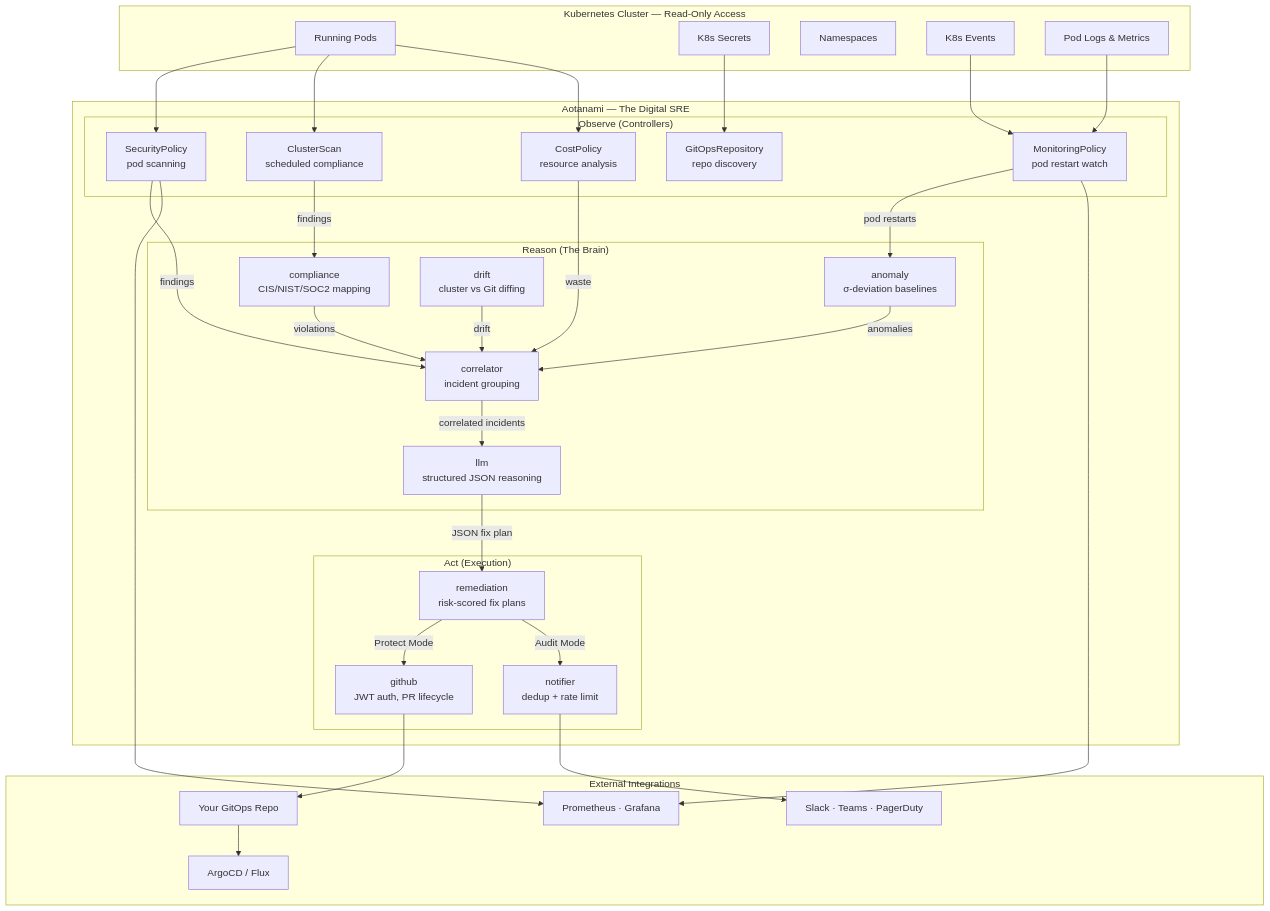
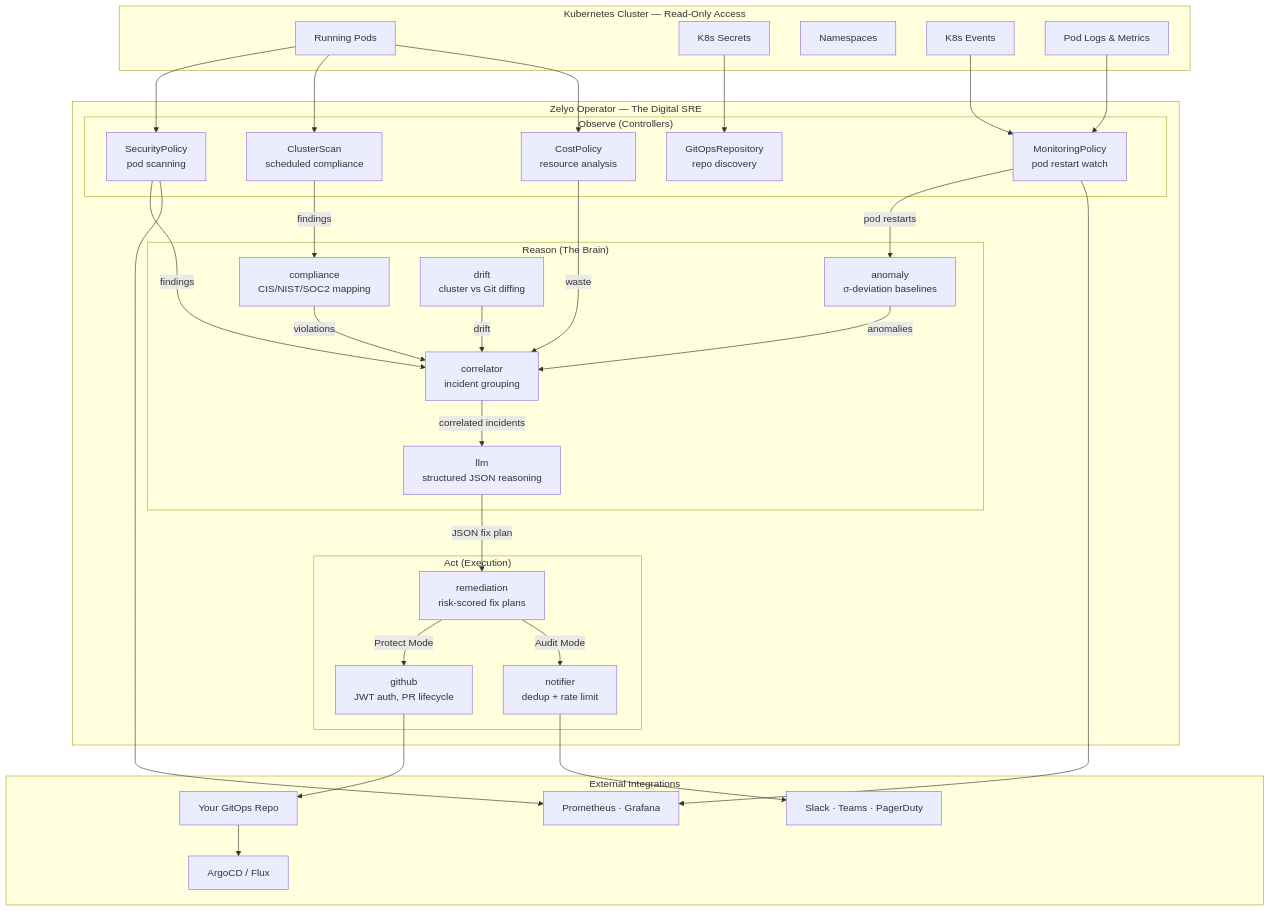
Before and after one commit to zelyo-ai/zelyo-operator: the first of 2 diagrams in docs/architecture.md, drawn with Mermaid. The commit also changed other lines of this file and 284 other files, not shown here.

First line of the commit message:
feat: Rebrand project to Zelyo-Operator with CRDs and Helm migration (#20)

````diff
--- a/docs/architecture.md
+++ b/docs/architecture.md
@@ -23,63 +23,63 @@
 ```mermaid
 graph TB
     subgraph "Kubernetes Cluster — Read-Only Access"
         Pods[Running Pods]
         Secrets[K8s Secrets]
         NS[Namespaces]
         Events[K8s Events]
         Logs[Pod Logs & Metrics]
     end
 
-    subgraph "Aotanami — The Digital SRE"
+    subgraph "Zelyo Operator — The Digital SRE"
         subgraph "Observe (Controllers)"
             SecPolCtrl["SecurityPolicy<br/>pod scanning"]
             MonCtrl["MonitoringPolicy<br/>pod restart watch"]
             ScanCtrl["ClusterScan<br/>scheduled compliance"]
             CostCtrl["CostPolicy<br/>resource analysis"]
             GitCtrl["GitOpsRepository<br/>repo discovery"]
         end
 
         subgraph "Reason (The Brain)"
             AD["anomaly<br/>σ-deviation baselines"]
             CE["correlator<br/>incident grouping"]
             CF["compliance<br/>CIS/NIST/SOC2 mapping"]
             LD["drift<br/>cluster vs Git diffing"]
             LLM["llm<br/>structured JSON reasoning"]
         end
 
         subgraph "Act (Execution)"
             RE["remediation<br/>risk-scored fix plans"]
             GH["github<br/>JWT auth, PR lifecycle"]
             NF["notifier<br/>dedup + rate limit"]
         end
     end
 
     subgraph "External Integrations"
         GitHub["Your GitOps Repo"]
         Alerts["Slack · Teams · PagerDuty"]
         Prometheus["Prometheus · Grafana"]
         ArgoFlux["ArgoCD / Flux"]
     end
 
     Pods --> SecPolCtrl & ScanCtrl & CostCtrl
     Events & Logs --> MonCtrl
     Secrets --> GitCtrl
 
     SecPolCtrl -->|findings| CE
     MonCtrl -->|pod restarts| AD
     ScanCtrl -->|findings| CF
     AD -->|anomalies| CE
     CF -->|violations| CE
     CostCtrl -->|waste| CE
     LD -->|drift| CE
 
     CE -->|correlated incidents| LLM
     LLM -->|JSON fix plan| RE
 
     RE -->|Protect Mode| GH
     RE -->|Audit Mode| NF
     GH --> GitHub
     GitHub --> ArgoFlux
     NF --> Alerts
     SecPolCtrl & MonCtrl --> Prometheus
 ```
````
